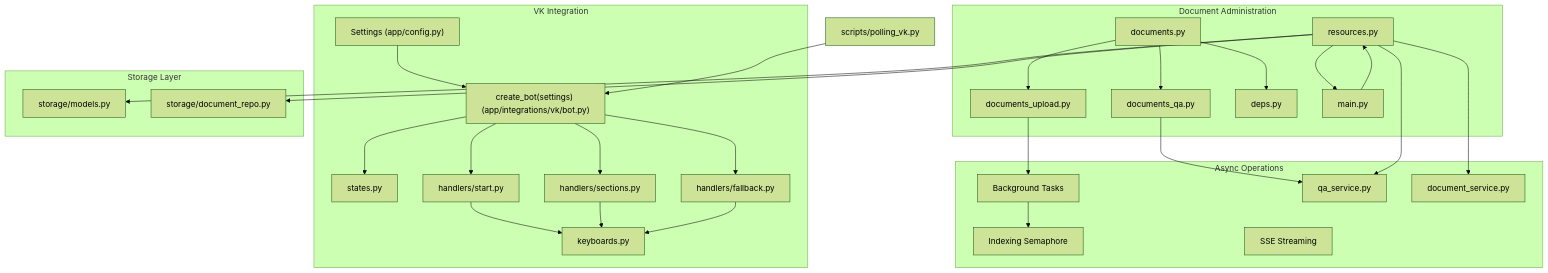
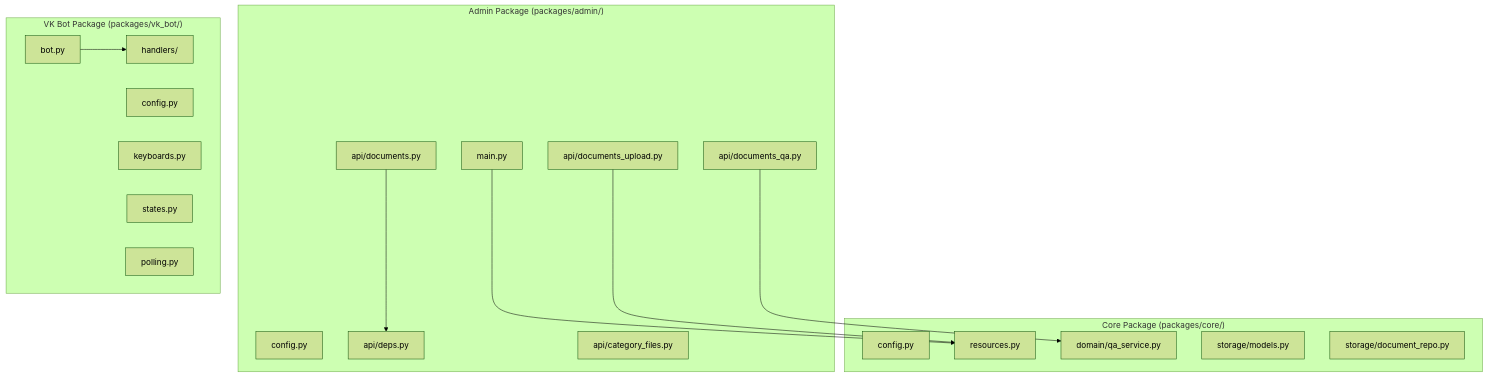
One commit to ognelis/cafetera_hr_bot changed the first of 4 diagrams in .qoder/repowiki/en/content/API Reference/API Reference.md. Above: the diagram before and after it, drawn with Mermaid (forest theme). The commit also changed other lines of this file and 139 other files, not shown here.

````diff
--- a/.qoder/repowiki/en/content/API Reference/API Reference.md
+++ b/.qoder/repowiki/en/content/API Reference/API Reference.md
@@ -95,53 +82,32 @@
 ```mermaid
 graph TB
-subgraph "VK Integration"
-CFG["Settings (app/config.py)"]
-BOT["create_bot(settings) (app/integrations/vk/bot.py)"]
-KB["keyboards.py"]
-ST["states.py"]
-HD_START["handlers/start.py"]
-HD_SECTIONS["handlers/sections.py"]
-HD_FALL["handlers/fallback.py"]
+subgraph "Admin Package (packages/admin/)"
+ADMIN_MAIN["main.py"]
+ADMIN_CONFIG["config.py"]
+ADMIN_DOCS["api/documents.py"]
+ADMIN_DEPS["api/deps.py"]
+ADMIN_QA["api/documents_qa.py"]
+ADMIN_UPLOAD["api/documents_upload.py"]
+ADMIN_CATEGORY["api/category_files.py"]
 end
-subgraph "Document Administration"
-DOC_API["documents.py"]
-DOC_QA["documents_qa.py"]
-DOC_UPLOAD["documents_upload.py"]
-DEPS["deps.py"]
-RESOURCES["resources.py"]
-MAIN_APP["main.py"]
+subgraph "Core Package (packages/core/)"
+CORE_CONFIG["config.py"]
+CORE_RESOURCES["resources.py"]
+CORE_QA["domain/qa_service.py"]
+CORE_STORAGE_MODELS["storage/models.py"]
+CORE_STORAGE_REPO["storage/document_repo.py"]
 end
-subgraph "Async Operations"
-BG_TASKS["Background Tasks"]
-SEMAPHORE["Indexing Semaphore"]
-SSE_STREAM["SSE Streaming"]
-QA_SERVICE["qa_service.py"]
-DOC_SERVICE["document_service.py"]
+subgraph "VK Bot Package (packages/vk_bot/)"
+VK_BOT["bot.py"]
+VK_CONFIG["config.py"]
+VK_KEYBOARDS["keyboards.py"]
+VK_STATES["states.py"]
+VK_HANDLERS["handlers/"]
+VK_POLLING["polling.py"]
 end
-subgraph "Storage Layer"
-MODELS["storage/models.py"]
-REPO["storage/document_repo.py"]
-end
-DEV["scripts/polling_vk.py"]
-CFG --> BOT
-BOT --> HD_START
-BOT --> HD_SECTIONS
-BOT --> HD_FALL
-HD_START --> KB
-HD_SECTIONS --> KB
-HD_FALL --> KB
-BOT --> ST
-DOC_API --> DOC_QA
-DOC_API --> DOC_UPLOAD
-DOC_API --> DEPS
-DOC_QA --> QA_SERVICE
-DOC_UPLOAD --> BG_TASKS
-BG_TASKS --> SEMAPHORE
-RESOURCES --> MAIN_APP
-RESOURCES --> QA_SERVICE
-RESOURCES --> DOC_SERVICE
-RESOURCES --> MODELS
-RESOURCES --> REPO
-MAIN_APP --> RESOURCES
-DEV --> BOT
+ADMIN_MAIN --> CORE_RESOURCES
+ADMIN_DOCS --> ADMIN_DEPS
+ADMIN_QA --> CORE_QA
+ADMIN_UPLOAD --> CORE_RESOURCES
+VK_BOT --> VK_HANDLERS
 ```
````
